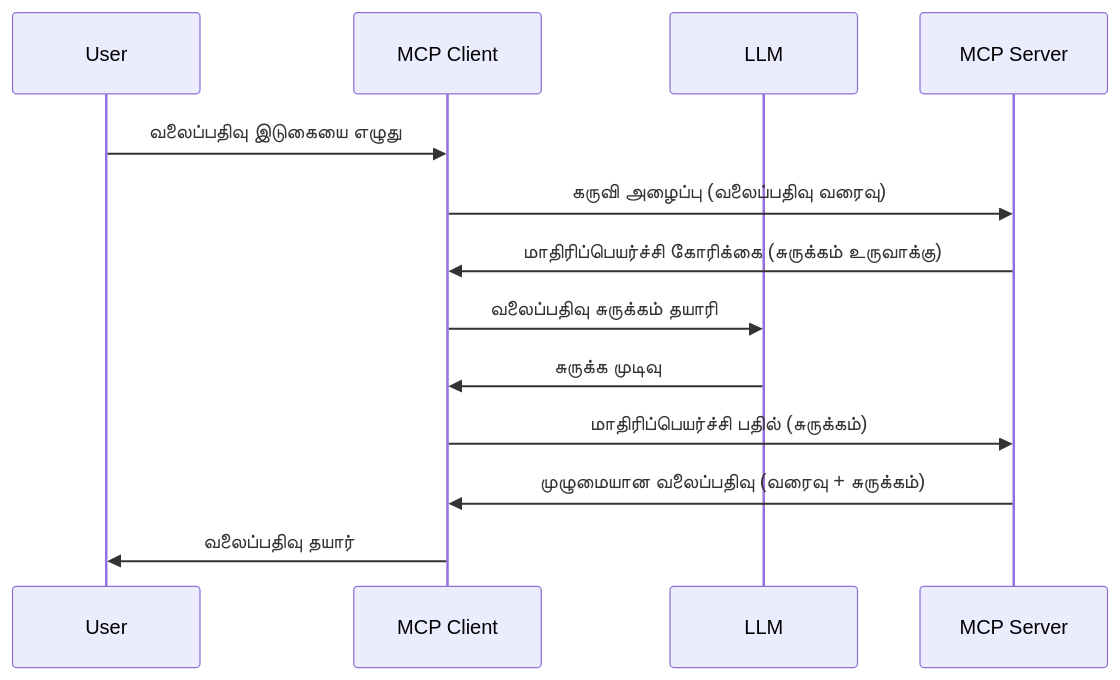
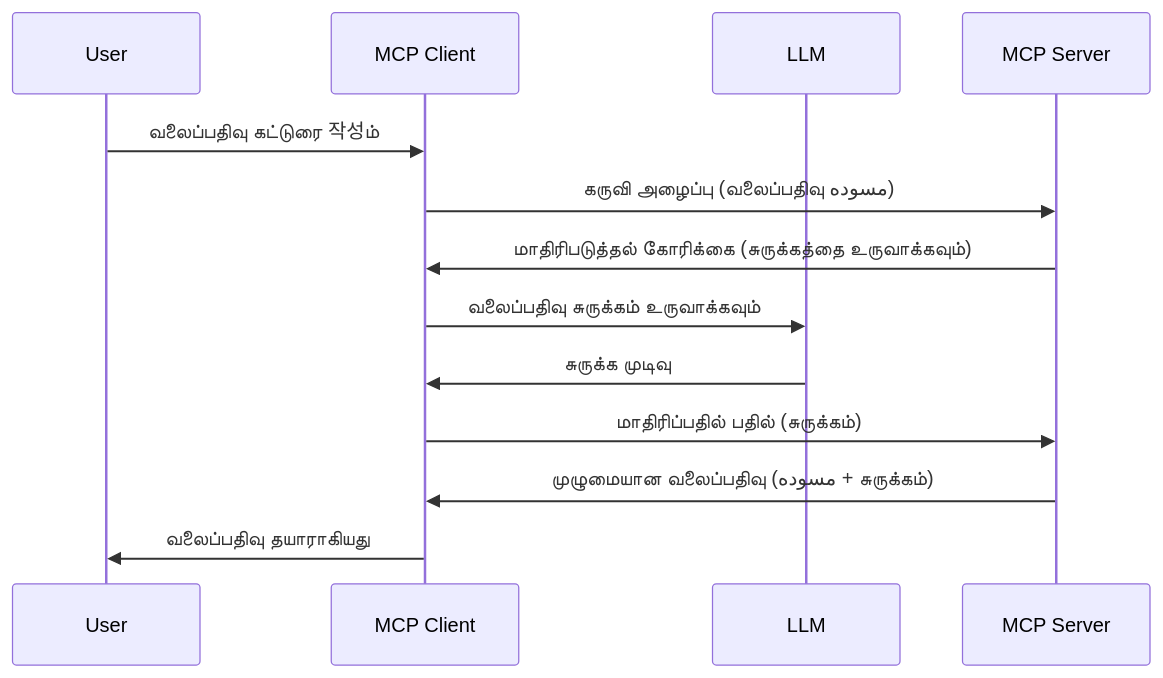
The diagram in mcp_ecosystem__model_context_protocol/mcp_learning_resources/mcp-for-beginners/translations/ta/03-GettingStarted/14-sampling/README.md (HIDORAKAI002/ai-workspace-archive), drawn with Mermaid before and after one commit. The commit also changed other lines of this file and 1160 other files, not shown here.

````diff
--- a/mcp_ecosystem__model_context_protocol/mcp_learning_resources/mcp-for-beginners/translations/ta/03-GettingStarted/14-sampling/README.md
+++ b/mcp_ecosystem__model_context_protocol/mcp_learning_resources/mcp-for-beginners/translations/ta/03-GettingStarted/14-sampling/README.md
@@ -23,16 +23,16 @@
 ```mermaid
 sequenceDiagram
     participant User
     participant MCP Client
     participant LLM
     participant MCP Server
 
-    User->>MCP Client: வலைப்பதிவு இடுகையை எழுது
-    MCP Client->>MCP Server: கருவி அழைப்பு (வலைப்பதிவு வரைவு)
-    MCP Server->>MCP Client: மாதிரிப்பெயர்ச்சி கோரிக்கை (சுருக்கம் உருவாக்கு)
-    MCP Client->>LLM: வலைப்பதிவு சுருக்கம் தயாரி
+    User->>MCP Client: வலைப்பதிவு கட்டுரை 작성ம்
+    MCP Client->>MCP Server: கருவி அழைப்பு (வலைப்பதிவு مسوده)
+    MCP Server->>MCP Client: மாதிரிபடுத்தல் கோரிக்கை (சுருக்கத்தை உருவாக்கவும்)
+    MCP Client->>LLM: வலைப்பதிவு சுருக்கம் உருவாக்கவும்
     LLM->>MCP Client: சுருக்க முடிவு
-    MCP Client->>MCP Server: மாதிரிப்பெயர்ச்சி பதில் (சுருக்கம்)
-    MCP Server->>MCP Client: முழுமையான வலைப்பதிவு (வரைவு + சுருக்கம்)
-    MCP Client->>User: வலைப்பதிவு தயார்
+    MCP Client->>MCP Server: மாதிரிப்பதில் பதில் (சுருக்கம்)
+    MCP Server->>MCP Client: முழுமையான வலைப்பதிவு (مسوده + சுருக்கம்)
+    MCP Client->>User: வலைப்பதிவு தயாராகியது
 ```
````
